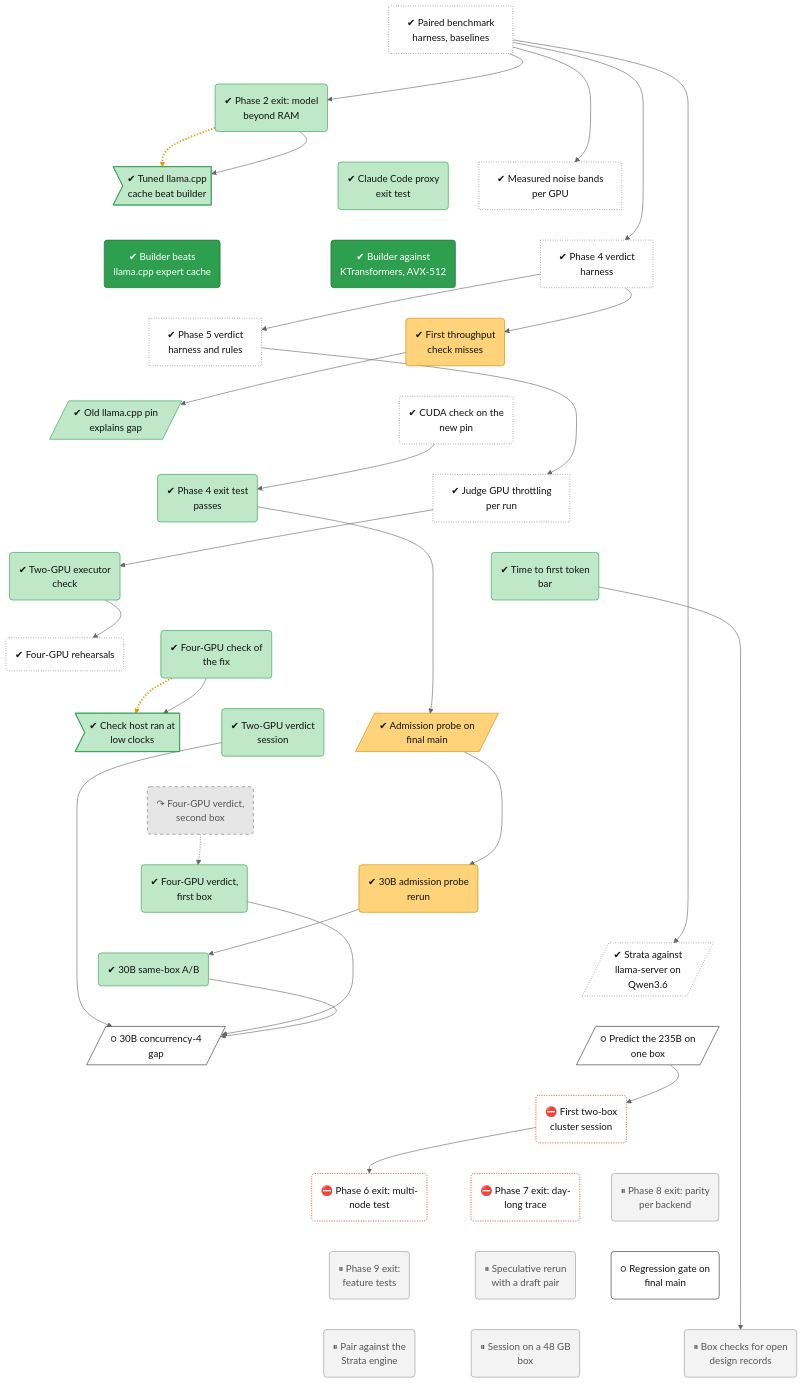
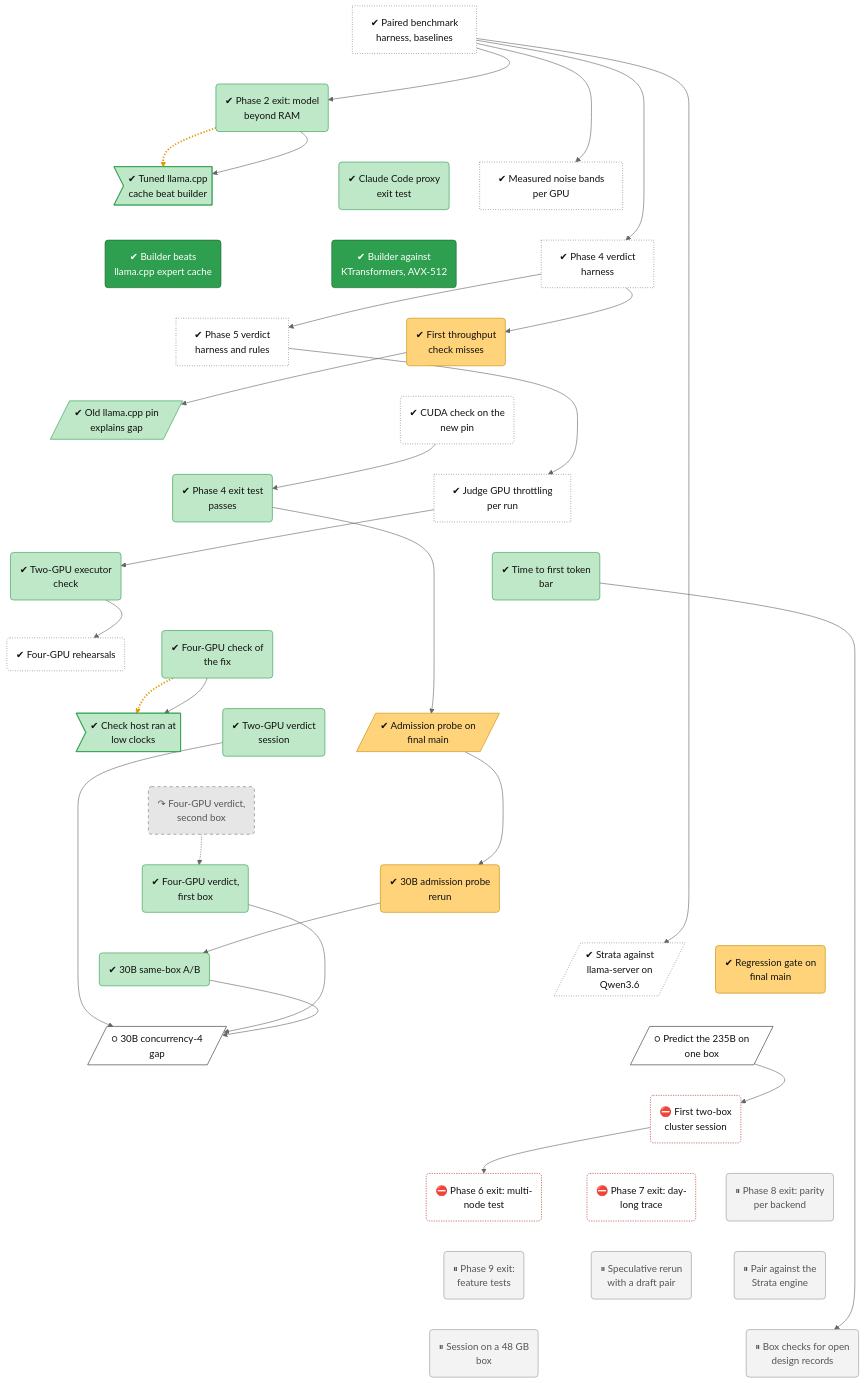
One commit to lhns/tetraeder changed the diagram in docs/roadmap/tracks/bench.md. Above: the diagram before and after it, drawn with Mermaid (neutral theme). The commit also changed other lines of this file and 230 other files, not shown here.

Commit message:
after M2, regression gate (regression-gate-20261123): mixed; 30B c4 0.982 c1 0.991, 8B c4 0.970 (inconclusive) c1 1.006, TTFT median 1.019 p90 1.000, self A/B on an A100; not measured against other engines

````diff
--- a/docs/roadmap/tracks/bench.md
+++ b/docs/roadmap/tracks/bench.md
@@ -35,6 +35,7 @@
     bench_d2a_30b("✔ 30B admission probe<br/>rerun")
     bench_ab30b("✔ 30B same-box A/B")
     bench_strata_q36[/"✔ Strata against<br/>llama-server on<br/>Qwen3.6"/]
+    bench_regression_gate("✔ Regression gate on<br/>final main")
     bench_30b_c4_gap[/"○ 30B concurrency-4<br/>gap"/]
     bench_235b_stream_predict[/"○ Predict the 235B on<br/>one box"/]
     bench_phase6_rehearsal("⛔ First two-box<br/>cluster session")
@@ -43,7 +44,6 @@
     bench_phase8_exit("⏸ Phase 8 exit: parity<br/>per backend")
     bench_phase9_exit("⏸ Phase 9 exit:<br/>feature tests")
     bench_spec_rerun("⏸ Speculative rerun<br/>with a draft pair")
-    bench_regression_gate("○ Regression gate on<br/>final main")
     bench_strata_pairing("⏸ Pair against the<br/>Strata engine")
     bench_d1_session("⏸ Session on a 48 GB<br/>box")
     bench_open_records("⏸ Box checks for open<br/>design records")
@@ -75,8 +75,10 @@
     bench_v4b_verdict ~~~ bench_d2a_30b
     bench_v4a_verdict ~~~ bench_ab30b
     bench_d2a_30b ~~~ bench_strata_q36
+    bench_d2a_30b ~~~ bench_regression_gate
     bench_ab30b ~~~ bench_30b_c4_gap
     bench_strata_q36 ~~~ bench_235b_stream_predict
+    bench_regression_gate ~~~ bench_235b_stream_predict
     bench_30b_c4_gap ~~~ bench_phase6_rehearsal
     bench_235b_stream_predict ~~~ bench_phase6_rehearsal
     bench_phase6_rehearsal ~~~ bench_phase6_exit
@@ -84,10 +86,10 @@
     bench_phase6_rehearsal ~~~ bench_phase8_exit
     bench_phase6_exit ~~~ bench_phase9_exit
     bench_phase7_exit ~~~ bench_spec_rerun
-    bench_phase8_exit ~~~ bench_regression_gate
-    bench_phase9_exit ~~~ bench_strata_pairing
-    bench_spec_rerun ~~~ bench_d1_session
-    bench_regression_gate ~~~ bench_open_records
+    bench_phase8_exit ~~~ bench_strata_pairing
+    bench_phase9_exit ~~~ bench_d1_session
+    bench_spec_rerun ~~~ bench_open_records
+    bench_strata_pairing ~~~ bench_open_records
     bench_harness --> bench_phase2_exit
     bench_phase2_exit -.-> bench_defect_tuned_cache
     bench_phase2_exit --> bench_defect_tuned_cache
@@ -113,7 +115,7 @@
     bench_235b_stream_predict --> bench_phase6_rehearsal
     bench_phase6_rehearsal --> bench_phase6_exit
     bench_ttft --> bench_open_records
-    linkStyle 42,53 stroke:#e69500,stroke-width:3px,stroke-dasharray:2 3
+    linkStyle 44,55 stroke:#e69500,stroke-width:3px,stroke-dasharray:2 3
     classDef vsucc fill:#2e9e4f,stroke:#1b6b34,color:#fff
     classDef succ fill:#bfe8c8,stroke:#2e9e4f,color:#111
     classDef mixed fill:#ffd37a,stroke:#c98a00,color:#111
@@ -131,9 +133,9 @@
     class bench_harness,bench_noise_bands,bench_phase4_harness,bench_phase5_harness,bench_pin_confirm,bench_throttle_rules,bench_s3_rehearsal,bench_strata_q36 unrated
     class bench_phase2_exit,bench_defect_tuned_cache,bench_phase3b_proxy,bench_pin_ab,bench_phase4_exit,bench_s2_step0,bench_ttft,bench_s3f2,bench_defect_s3f2_clock,bench_v2_verdict,bench_v4a_verdict,bench_ab30b succ
     class bench_m1_point1,bench_m1_point3 vsucc
-    class bench_d2a_rerun,bench_d2a_probe,bench_d2a_30b mixed
+    class bench_d2a_rerun,bench_d2a_probe,bench_d2a_30b,bench_regression_gate mixed
     class bench_v4b_verdict dead
-    class bench_30b_c4_gap,bench_235b_stream_predict,bench_regression_gate next
+    class bench_30b_c4_gap,bench_235b_stream_predict next
     class bench_phase6_rehearsal,bench_phase6_exit,bench_phase7_exit blocked
     class bench_phase8_exit,bench_phase9_exit,bench_spec_rerun,bench_strata_pairing,bench_d1_session,bench_open_records parked
 ```
````
